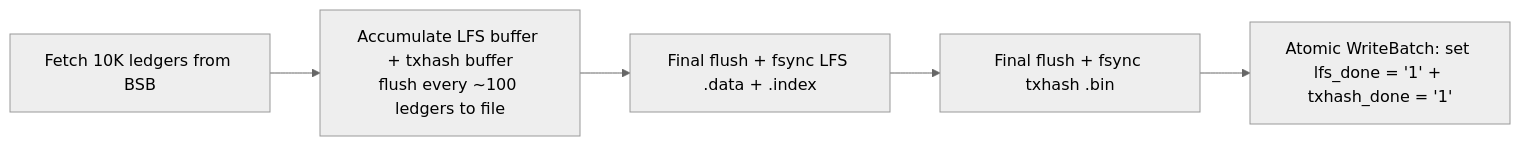
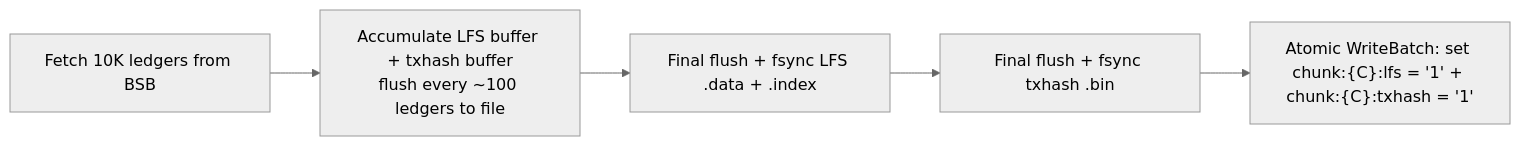
Before and after one commit to stellar/stellar-rpc: the second of 2 diagrams in full-history/design-docs/11-checkpointing-and-transitions.md, drawn with Mermaid (neutral theme). The commit also changed other lines of this file and 10 other files, not shown here.

````diff
--- a/full-history/design-docs/11-checkpointing-and-transitions.md
+++ b/full-history/design-docs/11-checkpointing-and-transitions.md
@@ -257,7 +252,7 @@
 ```mermaid
 flowchart LR
     A["Fetch 10K ledgers from BSB"] --> B["Accumulate LFS buffer + txhash buffer<br/>flush every ~100 ledgers to file"]
     B --> C["Final flush + fsync LFS .data + .index"]
     C --> E["Final flush + fsync txhash .bin"]
-    E --> F["Atomic WriteBatch: set lfs_done = '1' + txhash_done = '1'"]
+    E --> F["Atomic WriteBatch: set chunk:{C}:lfs = '1' + chunk:{C}:txhash = '1'"]
 ```
````
